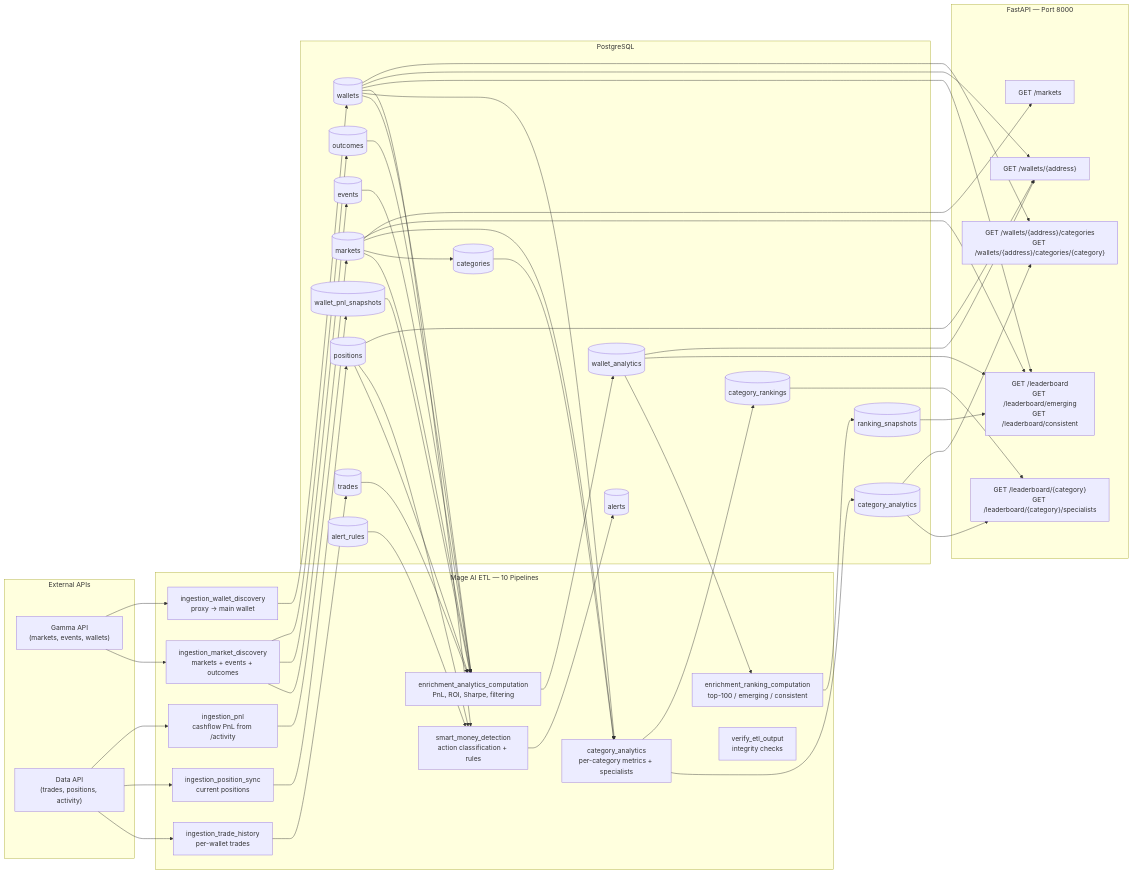
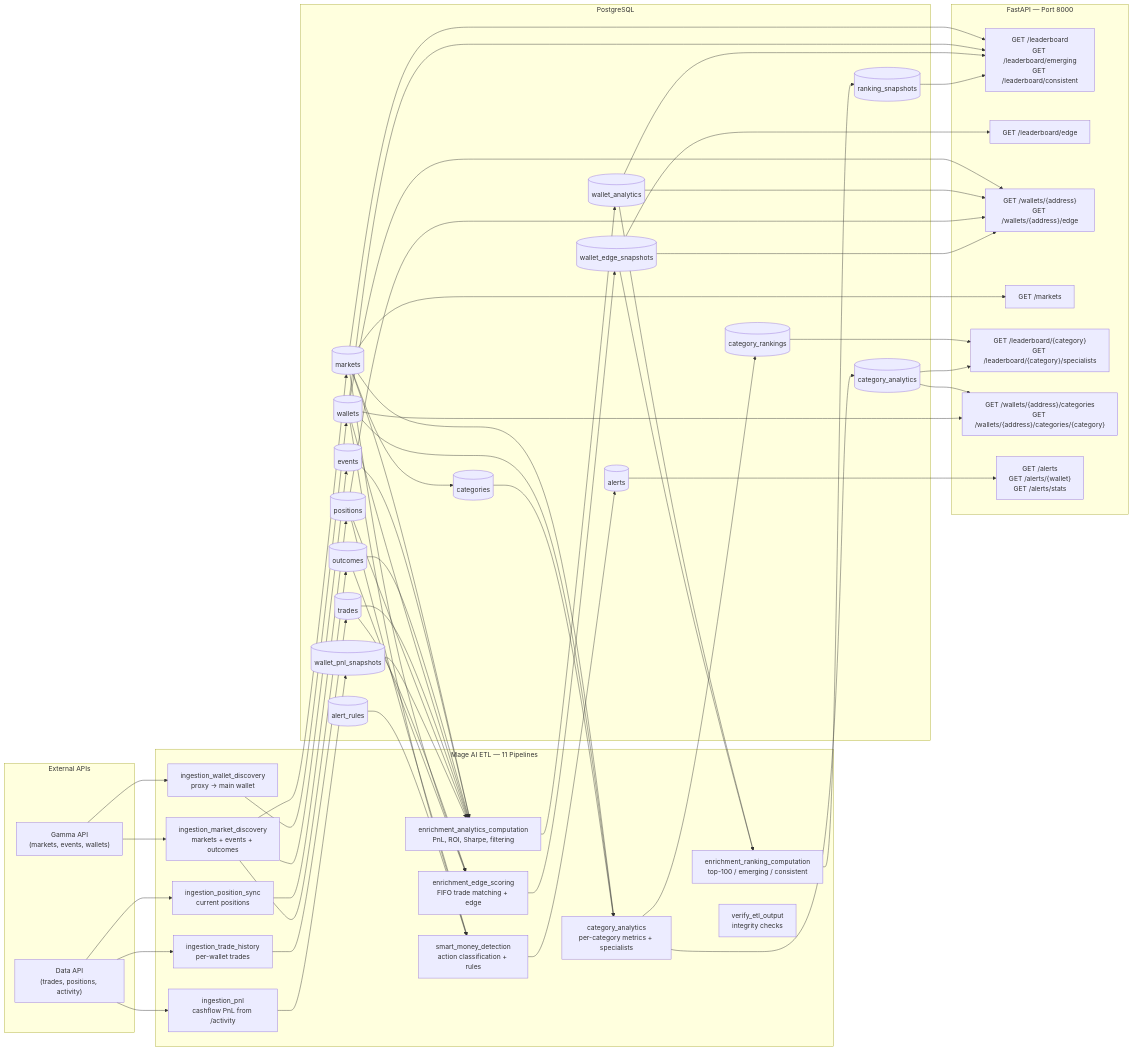
One commit to AntoineROYERB/polymarketpricer changed the diagram in docs/ARCHITECTURE.md. Above: the diagram before and after it, drawn with Mermaid. The commit also changed other lines of this file and 5 other files, not shown here.

First line of the commit message:
docs: update Phase 4 docs for edge scoring and v0.4.1 fix

````diff
--- a/docs/ARCHITECTURE.md
+++ b/docs/ARCHITECTURE.md
@@ -3,70 +3,79 @@
 ```mermaid
 flowchart LR
     subgraph APIs["External APIs"]
         GAMMA["Gamma API<br/>(markets, events, wallets)"]
         DATA["Data API<br/>(trades, positions, activity)"]
     end
 
-    subgraph ETL["Mage AI ETL — 10 Pipelines"]
+    subgraph ETL["Mage AI ETL — 11 Pipelines"]
         MD["ingestion_market_discovery<br/>markets + events + outcomes"]
         WD["ingestion_wallet_discovery<br/>proxy → main wallet"]
         PS["ingestion_position_sync<br/>current positions"]
         PN["ingestion_pnl<br/>cashflow PnL from /activity"]
         TH["ingestion_trade_history<br/>per-wallet trades"]
         AC["enrichment_analytics_computation<br/>PnL, ROI, Sharpe, filtering"]
         RC["enrichment_ranking_computation<br/>top-100 / emerging / consistent"]
         CA["category_analytics<br/>per-category metrics + specialists"]
+        ES["enrichment_edge_scoring<br/>FIFO trade matching + edge"]
         SM["smart_money_detection<br/>action classification + rules"]
         VF["verify_etl_output<br/>integrity checks"]
     end
 
     subgraph DB["PostgreSQL"]
         MKT[(markets)]
         EVT[(events)]
         OUTC[(outcomes)]
         WAL[(wallets)]
         TRD[(trades)]
         POS[(positions)]
         WPS[(wallet_pnl_snapshots)]
         WA[(wallet_analytics)]
         RS[(ranking_snapshots)]
         CAT[(categories)]
         CAnalytics[(category_analytics)]
         CRankings[(category_rankings)]
         ALR[(alert_rules)]
         ALTS[(alerts)]
+        WES[(wallet_edge_snapshots)]
     end
 
     subgraph API["FastAPI — Port 8000"]
         LB["GET /leaderboard<br/>GET /leaderboard/emerging<br/>GET /leaderboard/consistent"]
-        WP["GET /wallets/{address}"]
+        ELB["GET /leaderboard/edge"]
+        WP["GET /wallets/{address}<br/>GET /wallets/{address}/edge"]
         MK["GET /markets"]
         CLB["GET /leaderboard/{category}<br/>GET /leaderboard/{category}/specialists"]
         WC["GET /wallets/{address}/categories<br/>GET /wallets/{address}/categories/{category}"]
+        AL["GET /alerts<br/>GET /alerts/{wallet}<br/>GET /alerts/stats"]
     end
 
     GAMMA --> MD
     GAMMA --> WD
     DATA --> TH
     DATA --> PS
     DATA --> PN
     MD --> MKT & EVT & OUTC
     WD --> WAL
     TH --> TRD
     PS --> POS
     PN --> WPS
     MKT & EVT & OUTC & WAL & TRD & POS & WPS --> AC
     AC --> WA
     WA --> RC
     RC --> RS
     MKT --> CAT
     MKT & WAL & CAT --> CA
     CA --> CAnalytics & CRankings
+    TRD & MKT & OUTC --> ES
+    ES --> WES
+    WES --> RC
     POS & WAL & ALR --> SM
     SM --> ALTS
+    WES --> ELB
     MKT & WAL & WA & RS --> LB
-    WAL & WA & POS --> WP
+    WAL & WA & POS & WES --> WP
     MKT --> MK
     CRankings & CAnalytics --> CLB
     CAnalytics & WAL --> WC
+    ALTS --> AL
 ```
````
